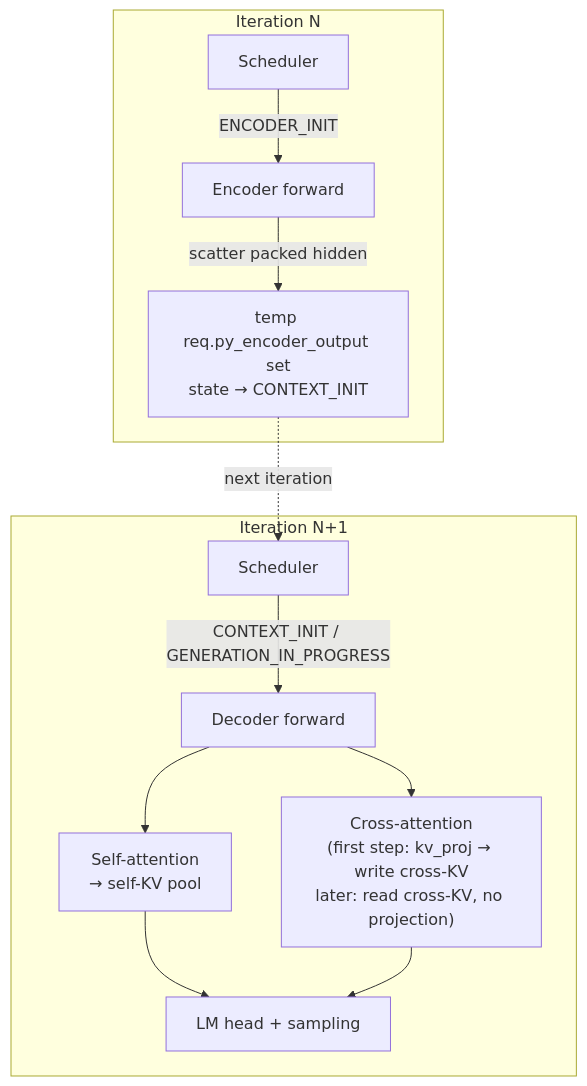
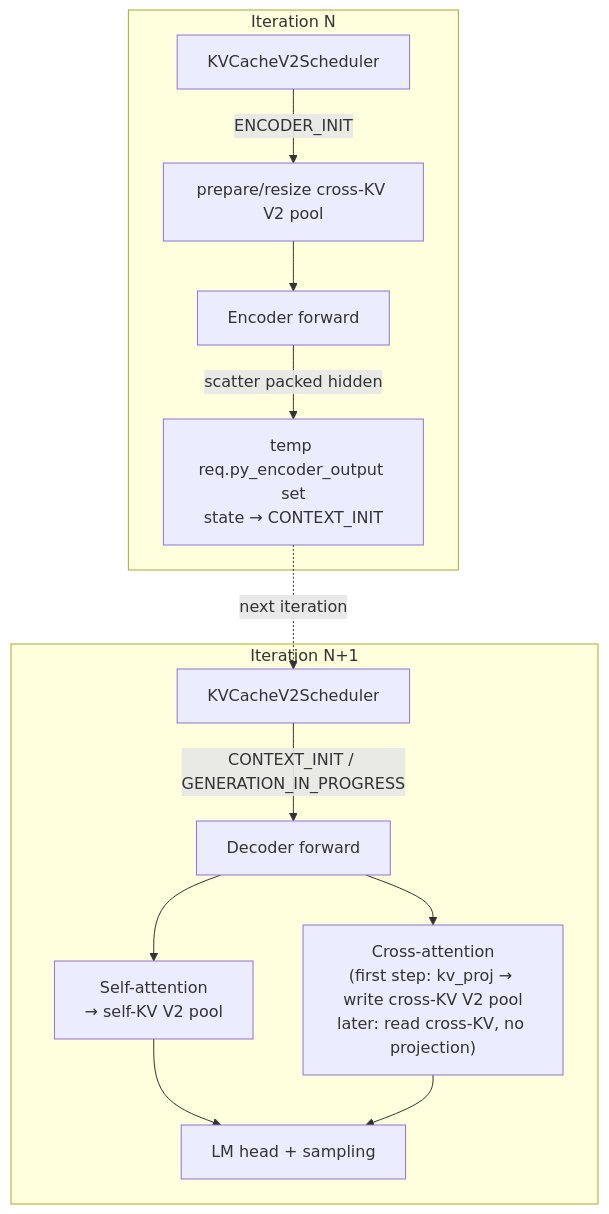
One commit to NVIDIA/TensorRT-LLM changed the second of 2 diagrams in encoder_decoder_porting_guide.md. Above: the diagram before and after it, drawn with Mermaid. The commit also changed other lines of this file and 6 other files, not shown here.

````diff
--- a/encoder_decoder_porting_guide.md
+++ b/encoder_decoder_porting_guide.md
@@ -235,17 +226,18 @@
 ```mermaid
 flowchart TD
     subgraph iter_n [Iteration N]
-        S1[Scheduler]
-        S1 -->|ENCODER_INIT| E[Encoder forward]
+        S1[KVCacheV2Scheduler]
+        S1 -->|ENCODER_INIT| X[prepare/resize cross-KV V2 pool]
+        X --> E[Encoder forward]
         E -->|scatter packed hidden| R[temp req.py_encoder_output set<br/>state → CONTEXT_INIT]
     end
     subgraph iter_n1 [Iteration N+1]
-        S2[Scheduler]
+        S2[KVCacheV2Scheduler]
         S2 -->|CONTEXT_INIT / GENERATION_IN_PROGRESS| D[Decoder forward]
-        D --> SA[Self-attention<br/>→ self-KV pool]
-        D --> CA["Cross-attention<br/>(first step: kv_proj → write cross-KV<br/>later: read cross-KV, no projection)"]
+        D --> SA[Self-attention<br/>→ self-KV V2 pool]
+        D --> CA["Cross-attention<br/>(first step: kv_proj → write cross-KV V2 pool<br/>later: read cross-KV, no projection)"]
         SA --> LM[LM head + sampling]
         CA --> LM
     end
     R -.->|next iteration| S2
 ```
````
